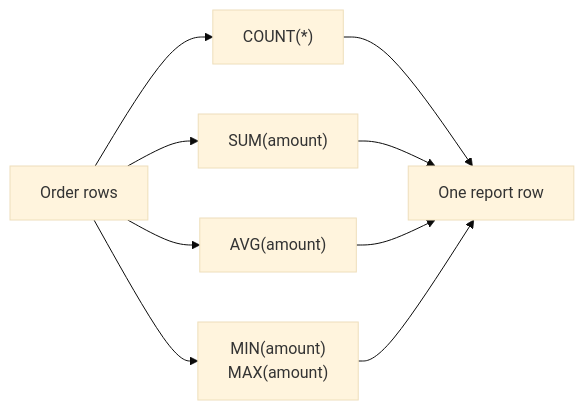
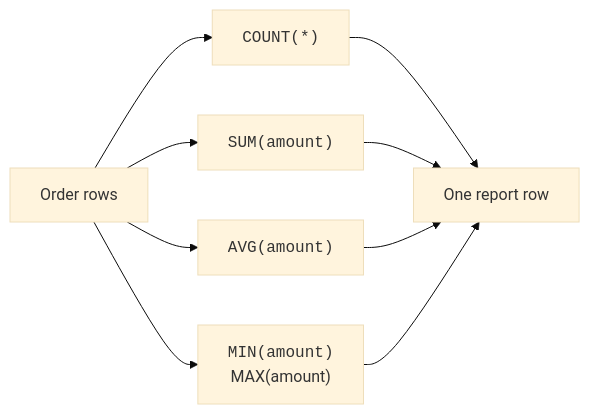
Before and after one commit to dataslope/dataslope: the third of 4 diagrams in content/courses/sqlite-for-beginners/aggregate-functions.mdx, drawn with Mermaid (base theme). The commit also changed other lines of this file and 283 other files, not shown here.

First line of the commit message:
Diagrams as elements, not characters: fix the box model, sweep the corpus, and make syntax breakdowns a convention (#652)

````diff
--- a/content/courses/sqlite-for-beginners/aggregate-functions.mdx
+++ b/content/courses/sqlite-for-beginners/aggregate-functions.mdx
@@ -217,11 +227,11 @@
 ```mermaid
 flowchart LR
-    Data["Order rows"] --> Count["COUNT(*)"]
-    Data --> Sum["SUM(amount)"]
-    Data --> Avg["AVG(amount)"]
-    Data --> MinMax["MIN(amount)<br/>MAX(amount)"]
+    Data["Order rows"] --> Count["<code>COUNT(*)</code>"]
+    Data --> Sum["<code>SUM(amount)</code>"]
+    Data --> Avg["<code>AVG(amount)</code>"]
+    Data --> MinMax["<code>MIN(amount)</code><br/>MAX(amount)"]
     Count --> Report["One report row"]
     Sum --> Report
     Avg --> Report
     MinMax --> Report
 ```
````
